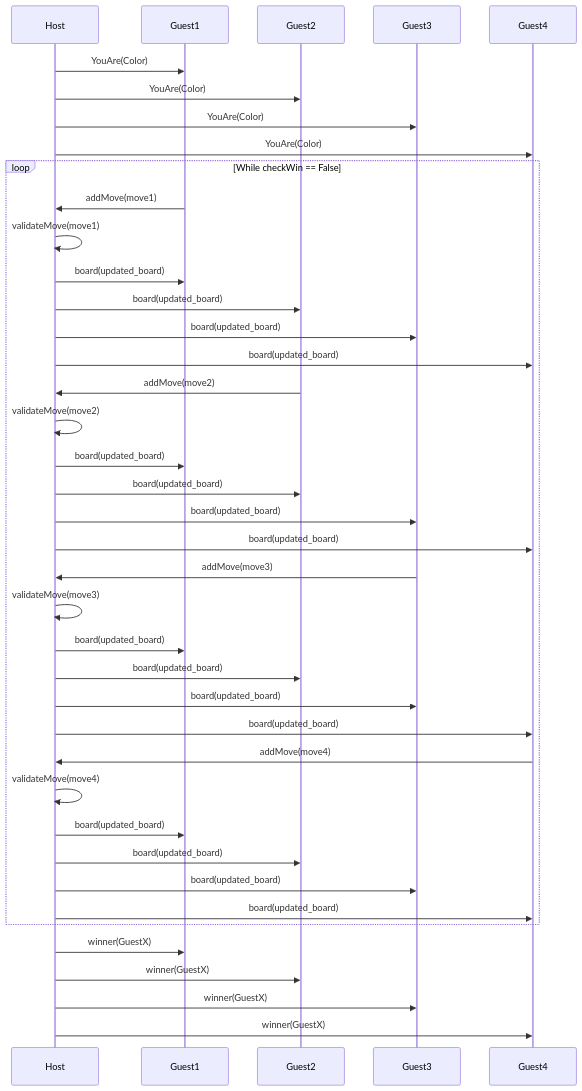
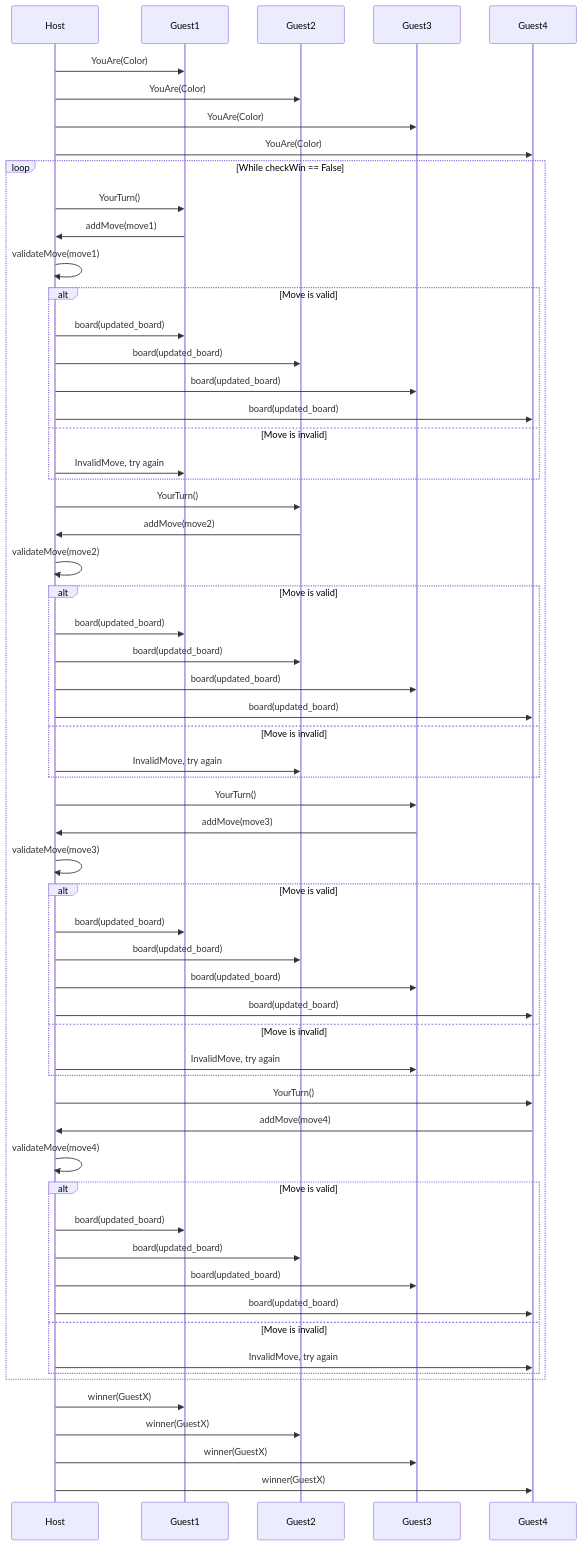
One commit to krattli/L3_POO_Echecs_4 changed the diagram in README.md. Above: the diagram before and after it, drawn with Mermaid.

````diff
--- a/README.md
+++ b/README.md
@@ -44,48 +44,69 @@
 ```mermaid
 sequenceDiagram
     participant Host
     participant Guest1
     participant Guest2
     participant Guest3
     participant Guest4
 
     Host ->> Guest1: YouAre(Color)
     Host ->> Guest2: YouAre(Color)
     Host ->> Guest3: YouAre(Color)
     Host ->> Guest4: YouAre(Color)
 
     loop While checkWin == False
+        Host ->> Guest1: YourTurn()
         Guest1 ->> Host: addMove(move1)
         Host ->> Host: validateMove(move1)
-        Host ->> Guest1: board(updated_board)
-        Host ->> Guest2: board(updated_board)
-        Host ->> Guest3: board(updated_board)
-        Host ->> Guest4: board(updated_board)
+        alt Move is valid
+            Host ->> Guest1: board(updated_board)
+            Host ->> Guest2: board(updated_board)
+            Host ->> Guest3: board(updated_board)
+            Host ->> Guest4: board(updated_board)
+        else Move is invalid
+            Host ->> Guest1: InvalidMove, try again
+        end
 
+        Host ->> Guest2: YourTurn()
         Guest2 ->> Host: addMove(move2)
         Host ->> Host: validateMove(move2)
-        Host ->> Guest1: board(updated_board)
-        Host ->> Guest2: board(updated_board)
-        Host ->> Guest3: board(updated_board)
-        Host ->> Guest4: board(updated_board)
+        alt Move is valid
+            Host ->> Guest1: board(updated_board)
+            Host ->> Guest2: board(updated_board)
+            Host ->> Guest3: board(updated_board)
+            Host ->> Guest4: board(updated_board)
+        else Move is invalid
+            Host ->> Guest2: InvalidMove, try again
+        end
 
+        Host ->> Guest3: YourTurn()
         Guest3 ->> Host: addMove(move3)
         Host ->> Host: validateMove(move3)
-        Host ->> Guest1: board(updated_board)
-        Host ->> Guest2: board(updated_board)
-        Host ->> Guest3: board(updated_board)
-        Host ->> Guest4: board(updated_board)
+        alt Move is valid
+            Host ->> Guest1: board(updated_board)
+            Host ->> Guest2: board(updated_board)
+            Host ->> Guest3: board(updated_board)
+            Host ->> Guest4: board(updated_board)
+        else Move is invalid
+            Host ->> Guest3: InvalidMove, try again
+        end
 
+        Host ->> Guest4: YourTurn()
         Guest4 ->> Host: addMove(move4)
         Host ->> Host: validateMove(move4)
-        Host ->> Guest1: board(updated_board)
-        Host ->> Guest2: board(updated_board)
-        Host ->> Guest3: board(updated_board)
-        Host ->> Guest4: board(updated_board)
+        alt Move is valid
+            Host ->> Guest1: board(updated_board)
+            Host ->> Guest2: board(updated_board)
+            Host ->> Guest3: board(updated_board)
+            Host ->> Guest4: board(updated_board)
+        else Move is invalid
+            Host ->> Guest4: InvalidMove, try again
+        end
     end
 
     Host ->> Guest1: winner(GuestX)
     Host ->> Guest2: winner(GuestX)
     Host ->> Guest3: winner(GuestX)
     Host ->> Guest4: winner(GuestX)
+
 ```
````
